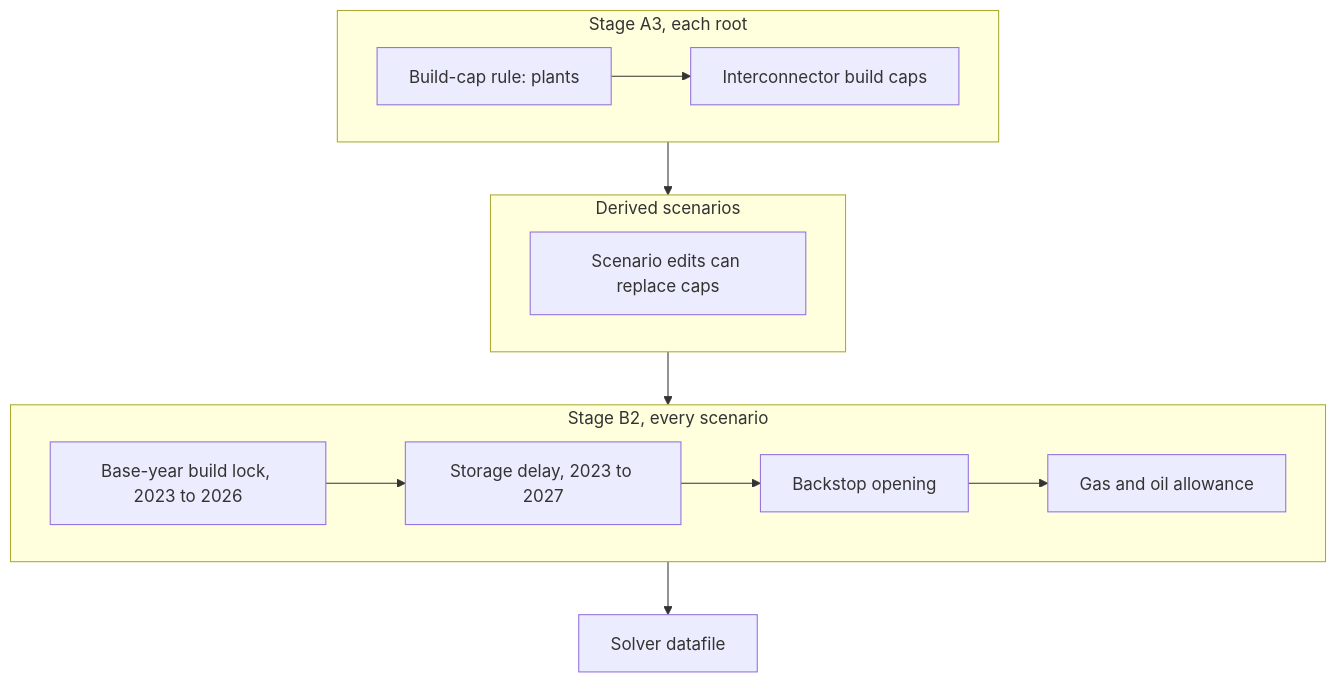
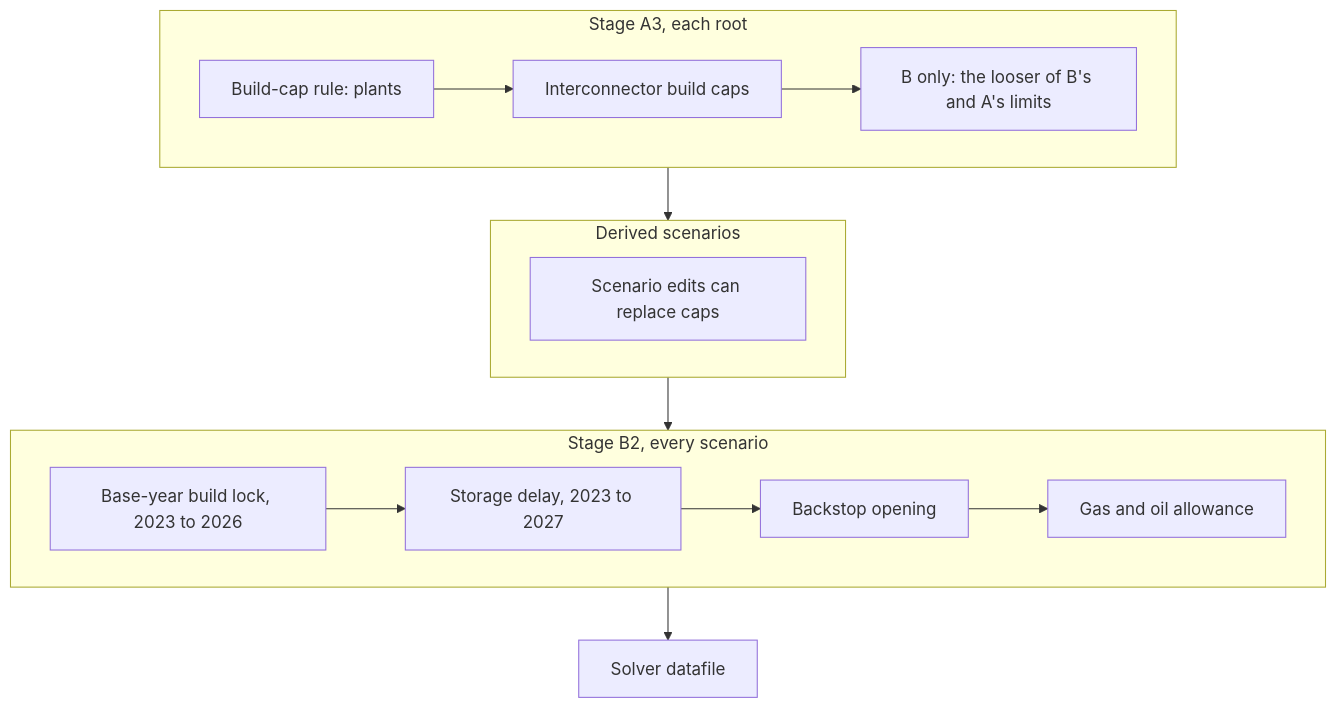
Before and after one commit to Climate-Lead-Group/OSTRAM: the first of 2 diagrams in docs/guides/build-limits.md, drawn with Mermaid. The commit also changed other lines of this file and 20 other files, not shown here.

````diff
--- a/docs/guides/build-limits.md
+++ b/docs/guides/build-limits.md
@@ -13,15 +13,16 @@
 ```mermaid
 flowchart TB
     subgraph A3["Stage A3, each root"]
         R["Build-cap rule: plants"] --> I["Interconnector build caps"]
+        I --> X["B only: the looser of B's and A's limits"]
     end
     subgraph DS["Derived scenarios"]
         E["Scenario edits can replace caps"]
     end
     subgraph B2["Stage B2, every scenario"]
         L["Base-year build lock, 2023 to 2026"] --> S["Storage delay, 2023 to 2027"]
         S --> BK["Backstop opening"]
         BK --> G["Gas and oil allowance"]
     end
     A3 --> DS --> B2 --> D["Solver datafile"]
 ```
````
